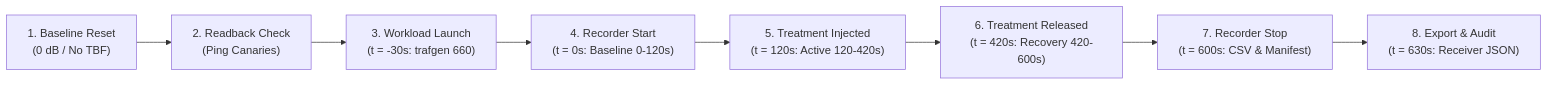
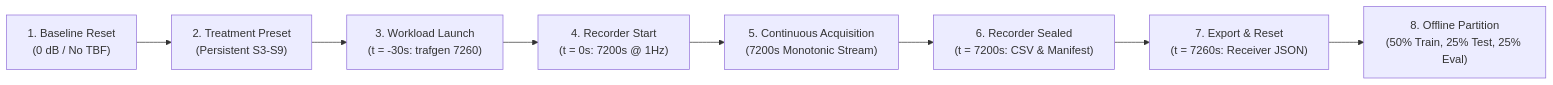
One commit to IdhulRahman/Thesis changed the diagram in docs/experiments/methodology.md. Above: the diagram before and after it, drawn with Mermaid. The commit also changed other lines of this file and 2 other files, not shown here.

Commit message:
docs(experiments): align methodology and analysis tooling with 2-hour continuous campaign protocol

````diff
--- a/docs/experiments/methodology.md
+++ b/docs/experiments/methodology.md
@@ -159,10 +159,10 @@
 ```mermaid
 flowchart LR
-    A["1. Baseline Reset\n(0 dB / No TBF)"] --> B["2. Readback Check\n(Ping Canaries)"]
-    B --> C["3. Workload Launch\n(t = -30s: trafgen 660)"]
-    C --> D["4. Recorder Start\n(t = 0s: Baseline 0-120s)"]
-    D --> E["5. Treatment Injected\n(t = 120s: Active 120-420s)"]
-    E --> F["6. Treatment Released\n(t = 420s: Recovery 420-600s)"]
-    F --> G["7. Recorder Stop\n(t = 600s: CSV & Manifest)"]
-    G --> H["8. Export & Audit\n(t = 630s: Receiver JSON)"]
+    A["1. Baseline Reset\n(0 dB / No TBF)"] --> B["2. Treatment Preset\n(Persistent S3-S9)"]
+    B --> C["3. Workload Launch\n(t = -30s: trafgen 7260)"]
+    C --> D["4. Recorder Start\n(t = 0s: 7200s @ 1Hz)"]
+    D --> E["5. Continuous Acquisition\n(7200s Monotonic Stream)"]
+    E --> F["6. Recorder Sealed\n(t = 7200s: CSV & Manifest)"]
+    F --> G["7. Export & Reset\n(t = 7260s: Receiver JSON)"]
+    G --> H["8. Offline Partition\n(50% Train, 25% Test, 25% Eval)"]
 ```
````
